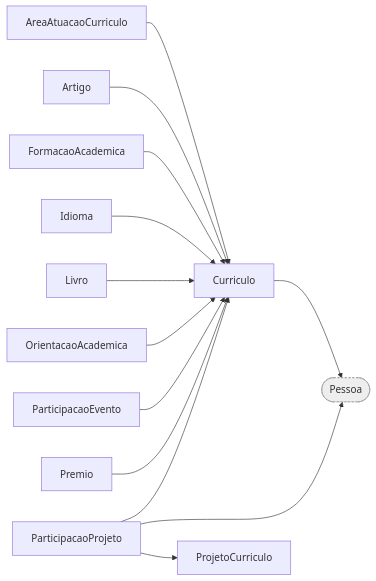
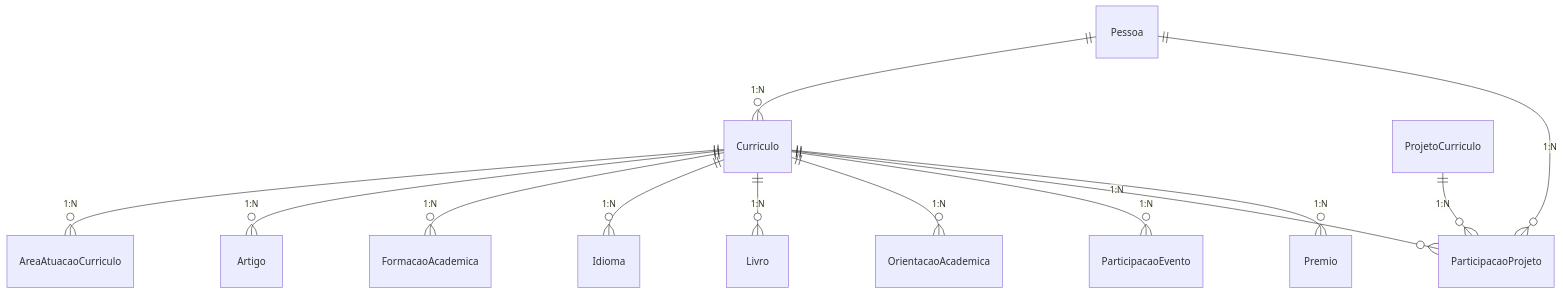
Before and after one commit to Czzped/conecta-fapes-teste: diagram 12 of 13 in docs-new/banco-de-dados/_diagramas.md, drawn with Mermaid. The commit also changed other lines of this file, not shown here.

Commit message:
docs: adiciona cardinalidades (notacao ER pe-de-galinha) aos diagramas do dominio

````diff
--- a/docs-new/banco-de-dados/_diagramas.md
+++ b/docs-new/banco-de-dados/_diagramas.md
@@ -311,28 +403,39 @@
 ```mermaid
-flowchart LR
-  Curriculo
-  FormacaoAcademica
-  Idioma
-  Artigo
-  Livro
-  Premio
-  ParticipacaoEvento
-  ParticipacaoProjeto
-  ProjetoCurriculo
-  OrientacaoAcademica
-  AreaAtuacaoCurriculo
-  Pessoa([Pessoa]):::ext
-  AreaAtuacaoCurriculo --> Curriculo
-  Artigo --> Curriculo
-  Curriculo --> Pessoa
-  FormacaoAcademica --> Curriculo
-  Idioma --> Curriculo
-  Livro --> Curriculo
-  OrientacaoAcademica --> Curriculo
-  ParticipacaoEvento --> Curriculo
-  ParticipacaoProjeto --> Curriculo
-  ParticipacaoProjeto --> Pessoa
-  ParticipacaoProjeto --> ProjetoCurriculo
-  Premio --> Curriculo
-  classDef ext fill:#eee,stroke:#999,color:#333,stroke-dasharray:3 3;
+erDiagram
+  Curriculo {
+  }
+  FormacaoAcademica {
+  }
+  Idioma {
+  }
+  Artigo {
+  }
+  Livro {
+  }
+  Premio {
+  }
+  ParticipacaoEvento {
+  }
+  ParticipacaoProjeto {
+  }
+  ProjetoCurriculo {
+  }
+  OrientacaoAcademica {
+  }
+  AreaAtuacaoCurriculo {
+  }
+  Pessoa {
+  }
+  Curriculo ||--o{ AreaAtuacaoCurriculo : "1:N"
+  Curriculo ||--o{ Artigo : "1:N"
+  Curriculo ||--o{ FormacaoAcademica : "1:N"
+  Curriculo ||--o{ Idioma : "1:N"
+  Curriculo ||--o{ Livro : "1:N"
+  Curriculo ||--o{ OrientacaoAcademica : "1:N"
+  Curriculo ||--o{ ParticipacaoEvento : "1:N"
+  Curriculo ||--o{ ParticipacaoProjeto : "1:N"
+  Curriculo ||--o{ Premio : "1:N"
+  Pessoa ||--o{ Curriculo : "1:N"
+  Pessoa ||--o{ ParticipacaoProjeto : "1:N"
+  ProjetoCurriculo ||--o{ ParticipacaoProjeto : "1:N"
 ```
````
